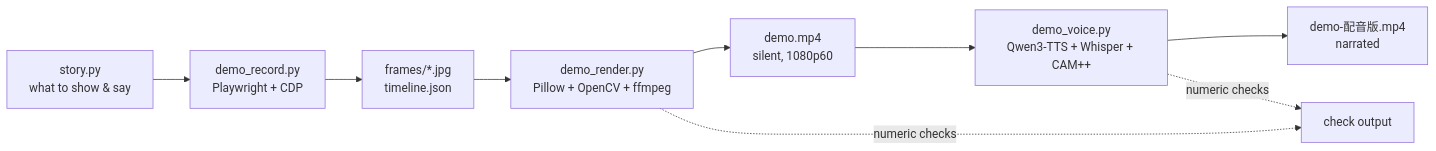
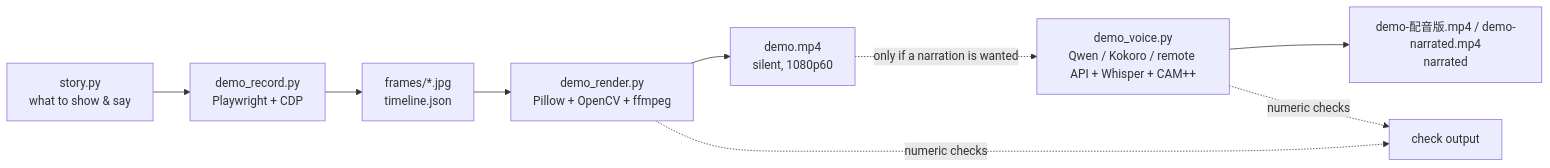
One commit to OrrrGE/autoRecording changed the diagram in README.en.md. Above: the diagram before and after it, drawn with Mermaid. The commit also changed other lines of this file and 19 other files, not shown here.

````diff
--- a/README.en.md
+++ b/README.en.md
@@ -34,11 +37,11 @@
 ```mermaid
 flowchart LR
     A["story.py<br/>what to show & say"] --> B["demo_record.py<br/>Playwright + CDP"]
     B --> C["frames/*.jpg<br/>timeline.json"]
     C --> D["demo_render.py<br/>Pillow + OpenCV + ffmpeg"]
     D --> E["demo.mp4<br/>silent, 1080p60"]
-    E --> F["demo_voice.py<br/>Qwen3-TTS + Whisper + CAM++"]
-    F --> G["demo-配音版.mp4<br/>narrated"]
+    E -. "only if a narration is wanted" .-> F["demo_voice.py<br/>Qwen / Kokoro / remote API + Whisper + CAM++"]
+    F --> G["demo-配音版.mp4 / demo-narrated.mp4<br/>narrated"]
     D -. "numeric checks" .-> H["check output"]
     F -. "numeric checks" .-> H
 ```
````
